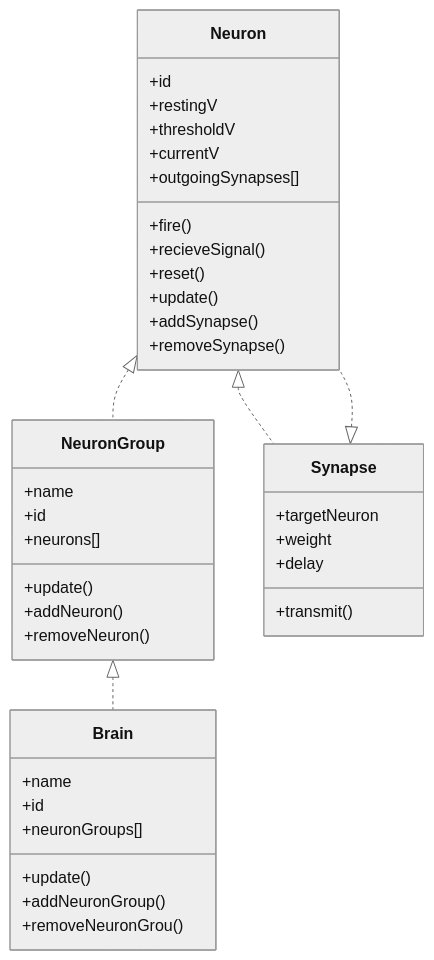
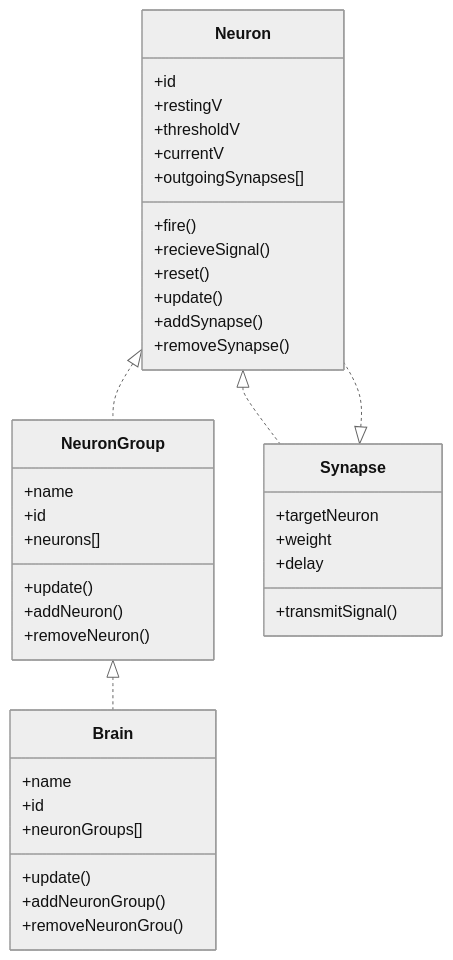
The third of 3 diagrams in docs/02brain.md (KayraParker-Nance/BrainBridge), drawn with Mermaid (neutral theme) before and after one commit. The commit also changed 1 other file, not shown here.

Commit message:
Implemented synapse class

````diff
--- a/docs/02brain.md
+++ b/docs/02brain.md
@@ -17,43 +17,43 @@
 ```mermaid
 classDiagram
 class Neuron{
 +id
 +restingV
 +thresholdV
 +currentV
 +outgoingSynapses[]
 +fire()
 +recieveSignal()
 +reset()
 +update()
 +addSynapse()
 +removeSynapse()
 }
 class NeuronGroup{
 +name
 +id
 +neurons[]
 +update()
 +addNeuron()
 +removeNeuron()
 }
 class Brain{
     +name
     +id
     +neuronGroups[]
     +update()
     +addNeuronGroup()
 +removeNeuronGrou()
 }
 class Synapse{
     +targetNeuron
     +weight
     +delay
-    +transmit()
+    +transmitSignal()
 }
 
 NeuronGroup <|.. Brain
 Neuron <|.. NeuronGroup
 Neuron <|.. Synapse
 Synapse <|.. Neuron
 ```
````
